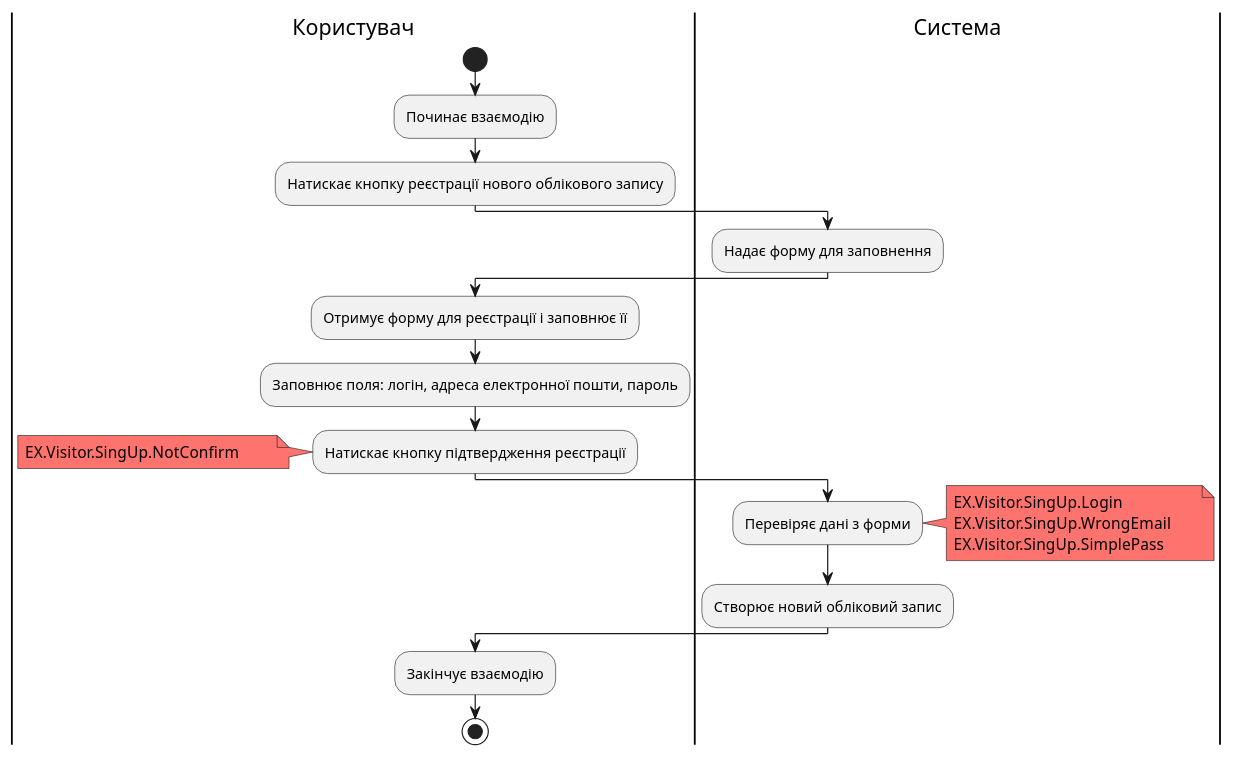
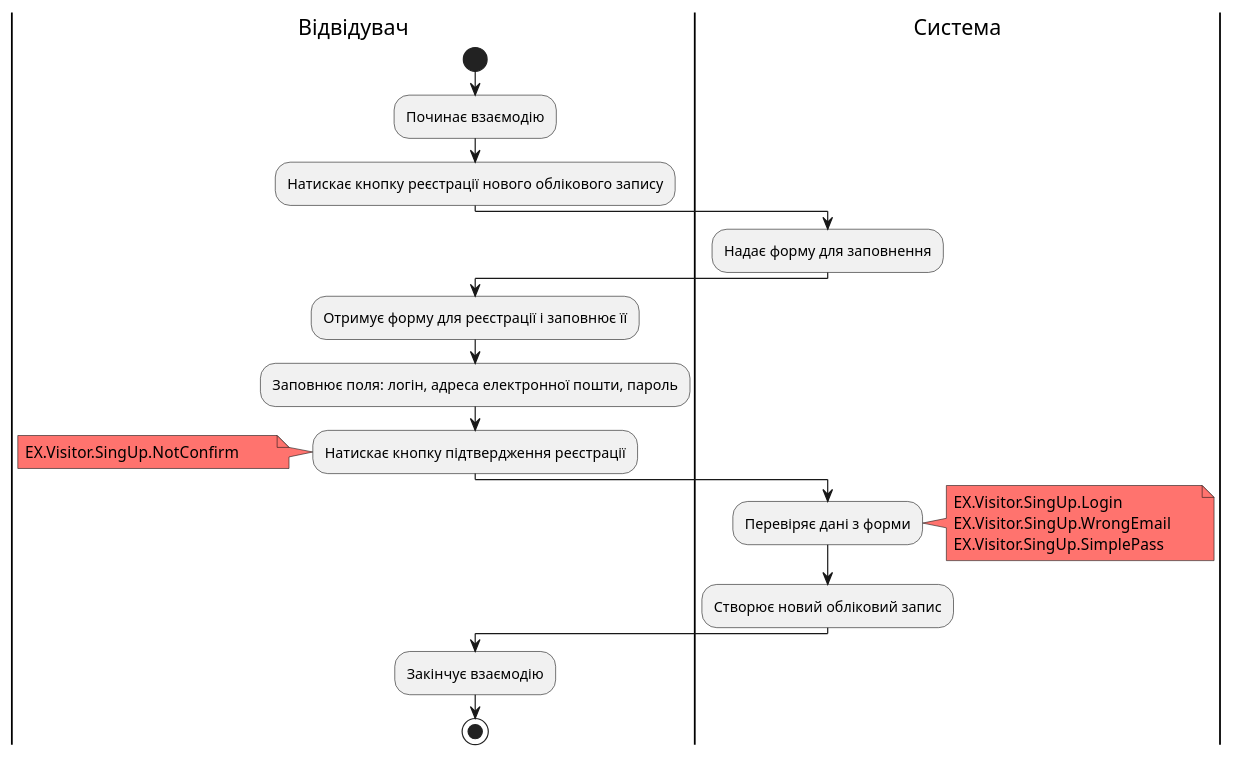
One commit to nonGratis/retarder-io-23-3 changed the fifth of 14 diagrams in docs/use cases/README.md. Above: the diagram before and after it, drawn with PlantUML.

Commit message:
correct Visitor.SingUp  UML

````diff
--- a/docs/use cases/README.md
+++ b/docs/use cases/README.md
@@ -131,31 +131,31 @@
 ```plantuml
 @startuml
-|Користувач|
+|Відвідувач|
     start
     :Починає взаємодію;
     :Натискає кнопку реєстрації нового облікового запису;
 |Система|
     :Надає форму для заповнення;
-|Користувач|
+|Відвідувач|
     :Отримує форму для реєстрації і заповнює її;
     :Заповнює поля: логін, адреса електронної пошти, пароль;
     :Натискає кнопку підтвердження реєстрації;
         note left #FF736E
             EX.Visitor.SingUp.NotConfirm        
         end note
 
 |Система|
     :Перевіряє дані з форми;
         note right #FF736E
             EX.Visitor.SingUp.Login
             EX.Visitor.SingUp.WrongEmail
             EX.Visitor.SingUp.SimplePass        
         end note
 
     :Створює новий обліковий запис;
 
-|Користувач|
+|Відвідувач|
     :Закінчує взаємодію;
     stop;
 @enduml
 ```
````
